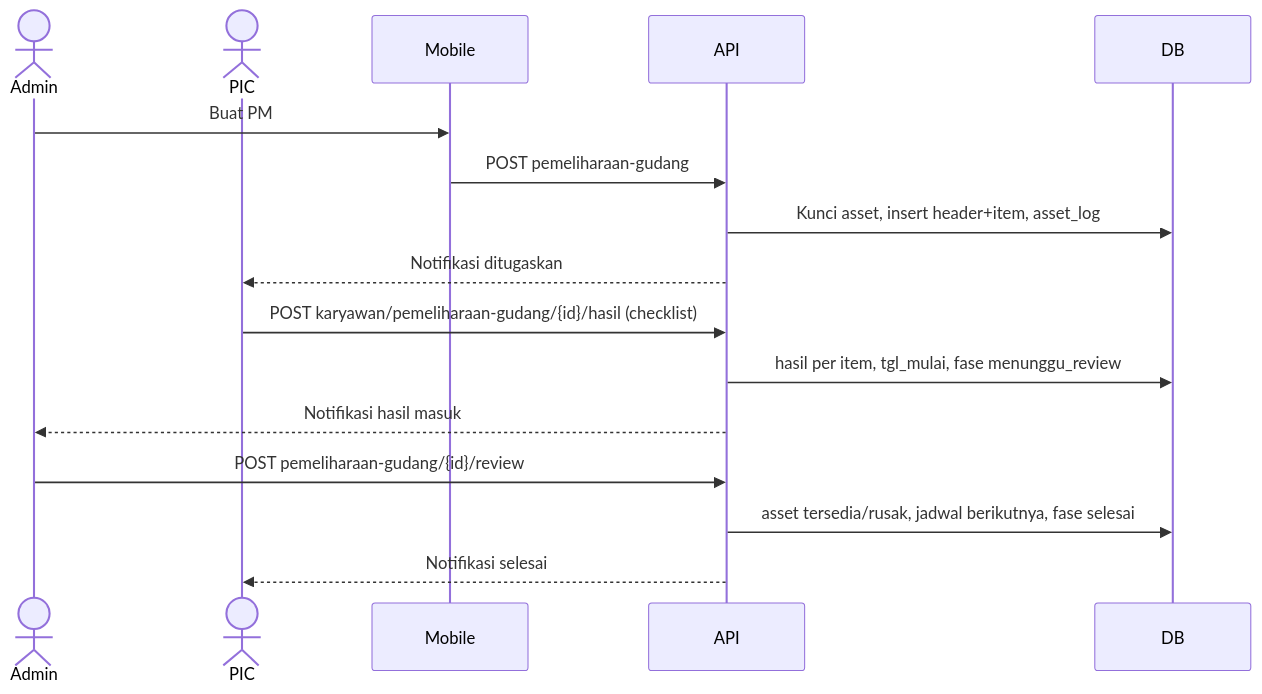
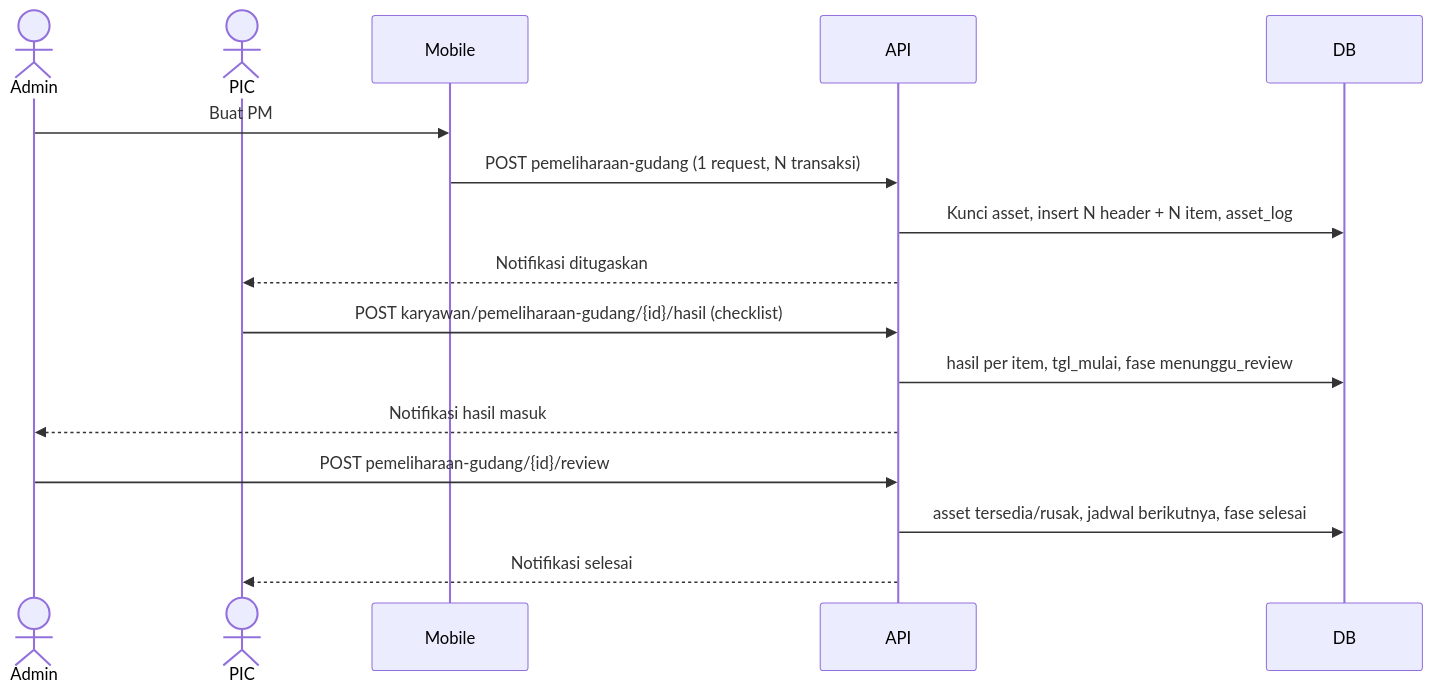
One commit to setiyawan12/DOKUMENTASI-ASSET changed the second of 4 diagrams in dokumentasi-asset-pemeliharaan-gudang.md. Above: the diagram before and after it, drawn with Mermaid. The commit also changed other lines of this file and 2 other files, not shown here.

Commit message:
update dokumentasi pemeliharaan gudang

````diff
--- a/dokumentasi-asset-pemeliharaan-gudang.md
+++ b/dokumentasi-asset-pemeliharaan-gudang.md
@@ -175,18 +179,18 @@
 ```mermaid
 sequenceDiagram
     actor Admin
     actor PIC
     participant App as Mobile
     participant API
     participant DB
     Admin->>App: Buat PM
-    App->>API: POST pemeliharaan-gudang
-    API->>DB: Kunci asset, insert header+item, asset_log
+    App->>API: POST pemeliharaan-gudang (1 request, N transaksi)
+    API->>DB: Kunci asset, insert N header + N item, asset_log
     API-->>PIC: Notifikasi ditugaskan
     PIC->>API: POST karyawan/pemeliharaan-gudang/{id}/hasil (checklist)
     API->>DB: hasil per item, tgl_mulai, fase menunggu_review
     API-->>Admin: Notifikasi hasil masuk
     Admin->>API: POST pemeliharaan-gudang/{id}/review
     API->>DB: asset tersedia/rusak, jadwal berikutnya, fase selesai
     API-->>PIC: Notifikasi selesai
 ```
````
